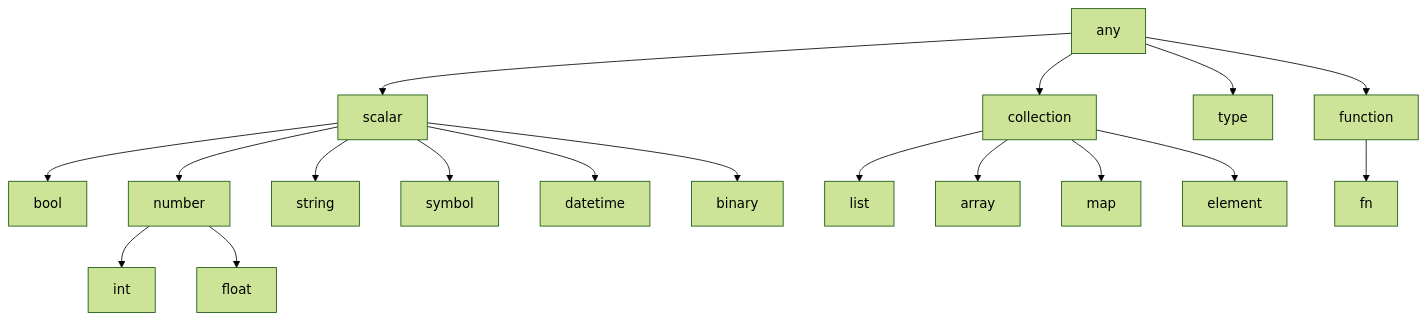
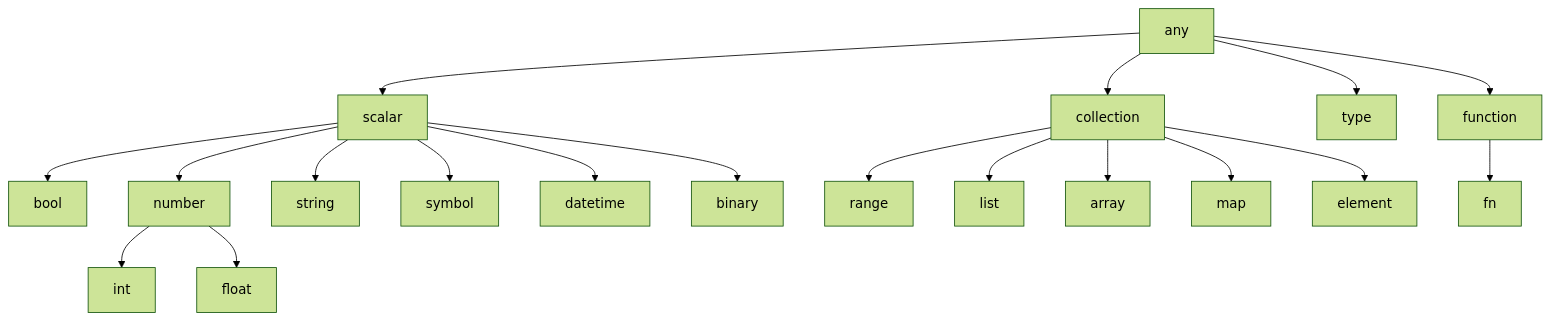
The diagram in doc/Lambda_Type.md (henry-luo/lambda), drawn with Mermaid (forest theme) before and after one commit. The commit also changed other lines of this file, not shown here.

````diff
--- a/doc/Lambda_Type.md
+++ b/doc/Lambda_Type.md
@@ -92,20 +92,21 @@
 ```mermaid
 flowchart TD
     any --> scalar
     any --> collection
     any --> type
     any --> function
     scalar --> bool
     scalar --> number
     scalar --> string
     scalar --> symbol
     scalar --> datetime
     scalar --> binary
     number --> int
     number --> float
+    collection --> range
     collection --> list
     collection --> array
     collection --> map
     collection --> element
     function --> fn
 ```
````
